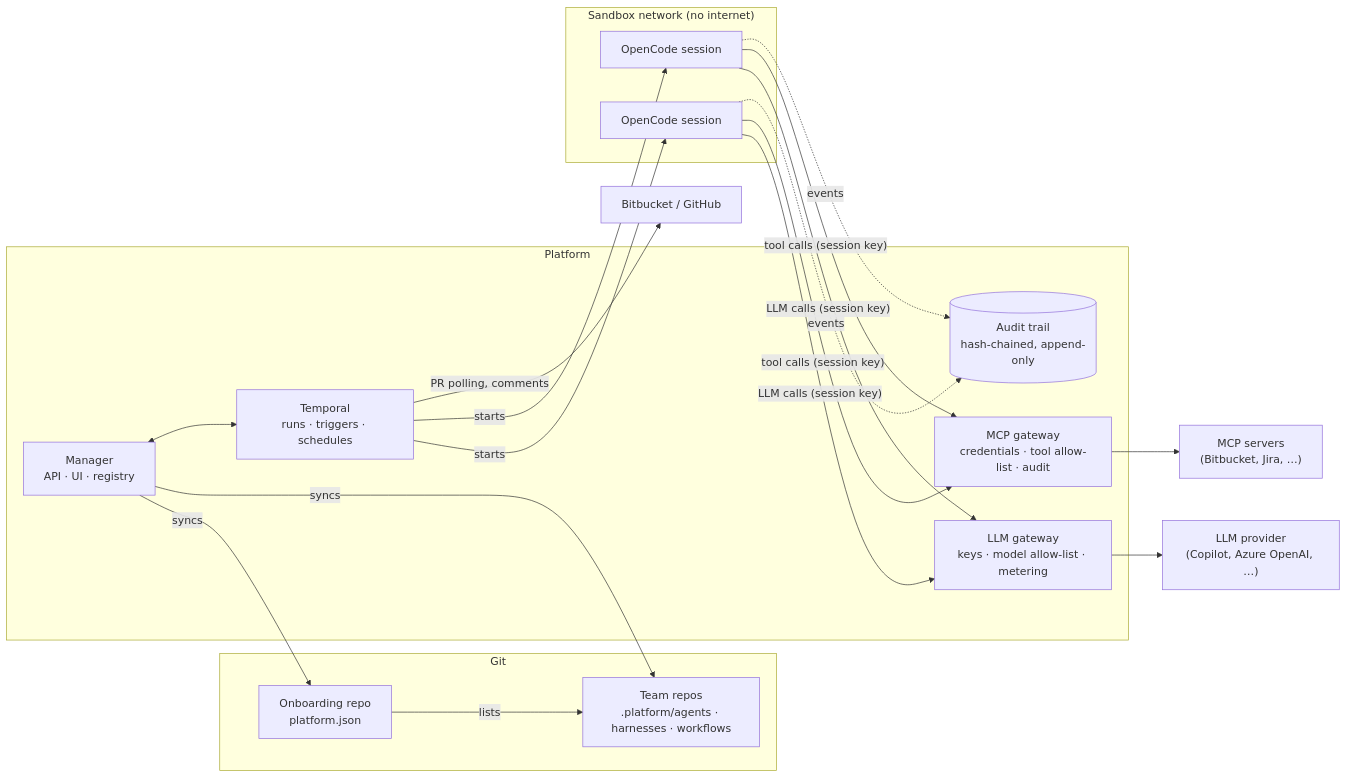
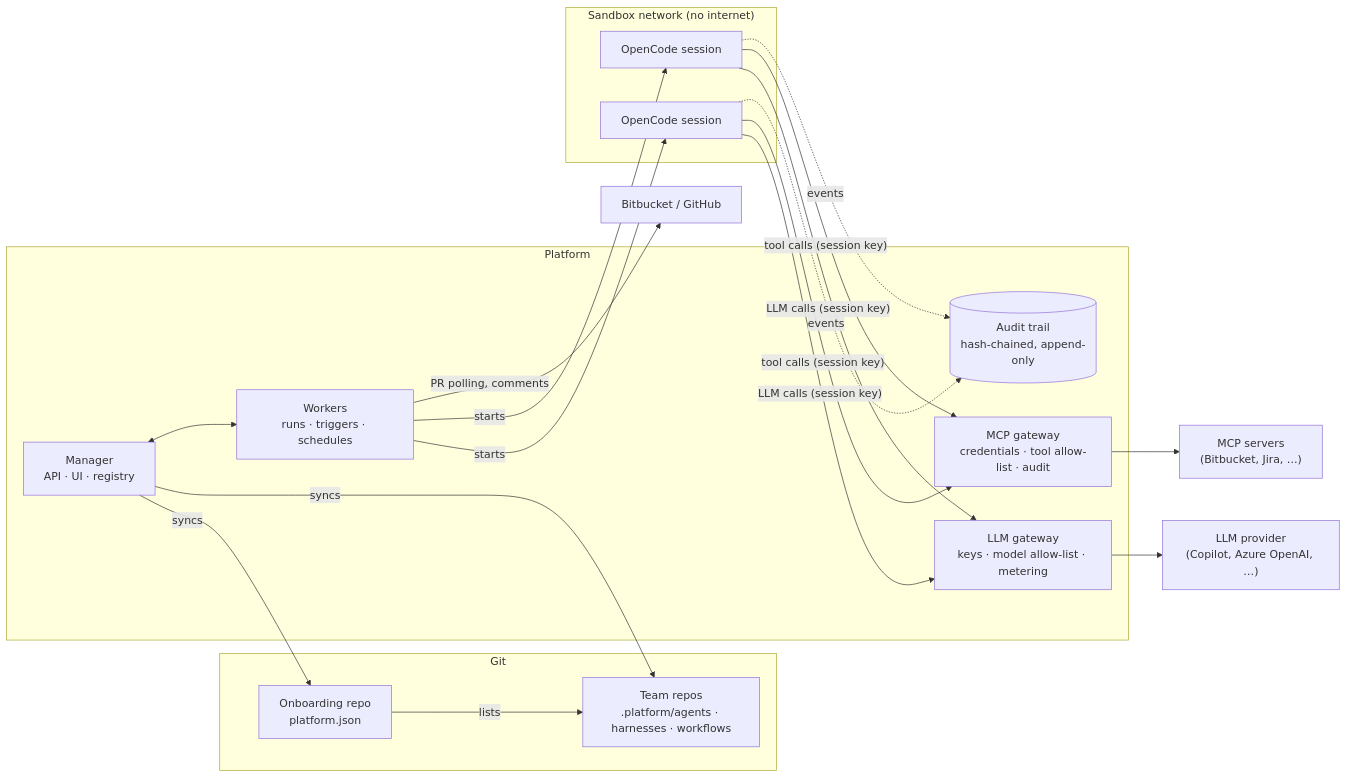
One commit to alpha-prosoft/opencode-manager changed the first of 4 diagrams in README.md. Above: the diagram before and after it, drawn with Mermaid. The commit also changed other lines of this file and 490 other files, not shown here.

````diff
--- a/README.md
+++ b/README.md
@@ -44,30 +44,30 @@
 ```mermaid
 flowchart LR
     subgraph git["Git"]
         onboarding["Onboarding repo<br/>platform.json"]
         teamrepo["Team repos<br/>.platform/agents · harnesses · workflows"]
     end
     subgraph platform["Platform"]
         manager["Manager<br/>API · UI · registry"]
-        temporal["Temporal<br/>runs · triggers · schedules"]
+        workers["Workers<br/>runs · triggers · schedules"]
         gateway["LLM gateway<br/>keys · model allow-list · metering"]
         mcpgw["MCP gateway<br/>credentials · tool allow-list · audit"]
         audit[("Audit trail<br/>hash-chained, append-only")]
     end
     subgraph sandbox["Sandbox network (no internet)"]
         s1["OpenCode session"]
         s2["OpenCode session"]
     end
     llm["LLM provider<br/>(Copilot, Azure OpenAI, …)"]
     tools["MCP servers<br/>(Bitbucket, Jira, …)"]
     scm["Bitbucket / GitHub"]
 
     onboarding -- lists --> teamrepo
     manager -- syncs --> onboarding & teamrepo
-    manager <--> temporal
-    temporal -- starts --> s1 & s2
+    manager <--> workers
+    workers -- starts --> s1 & s2
     s1 & s2 -- "LLM calls (session key)" --> gateway --> llm
     s1 & s2 -- "tool calls (session key)" --> mcpgw --> tools
     s1 & s2 -. "events" .-> audit
-    temporal -- "PR polling, comments" --> scm
+    workers -- "PR polling, comments" --> scm
 ```
````
